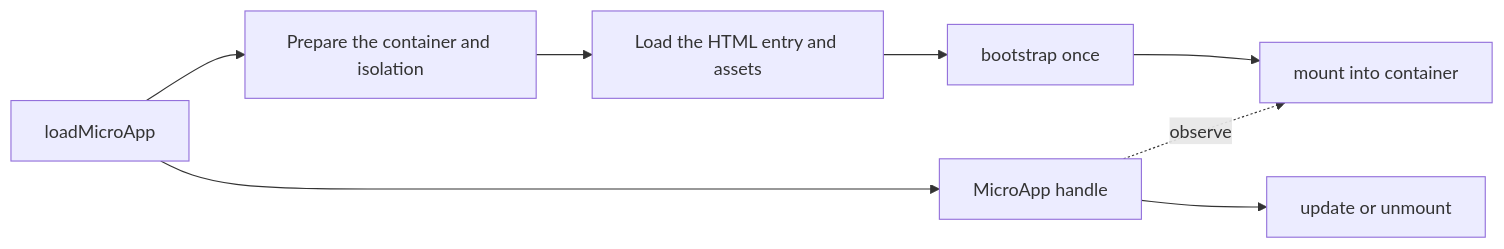
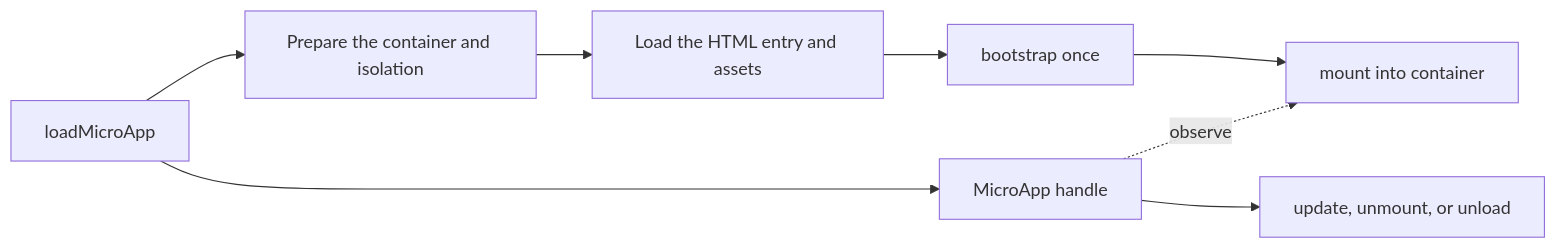
One commit to umijs/qiankun changed the diagram in docs/concepts/architecture.md. Above: the diagram before and after it, drawn with Mermaid. The commit also changed other lines of this file and 110 other files, not shown here.

````diff
--- a/docs/concepts/architecture.md
+++ b/docs/concepts/architecture.md
@@ -36,10 +36,10 @@
 ```mermaid
 flowchart LR
   A[loadMicroApp] --> B[Prepare the container and isolation]
   B --> C[Load the HTML entry and assets]
   C --> D[bootstrap once]
   D --> E[mount into container]
   A --> F[MicroApp handle]
   F -. observe .-> E
-  F --> G[update or unmount]
+  F --> G[update, unmount, or unload]
 ```
````
